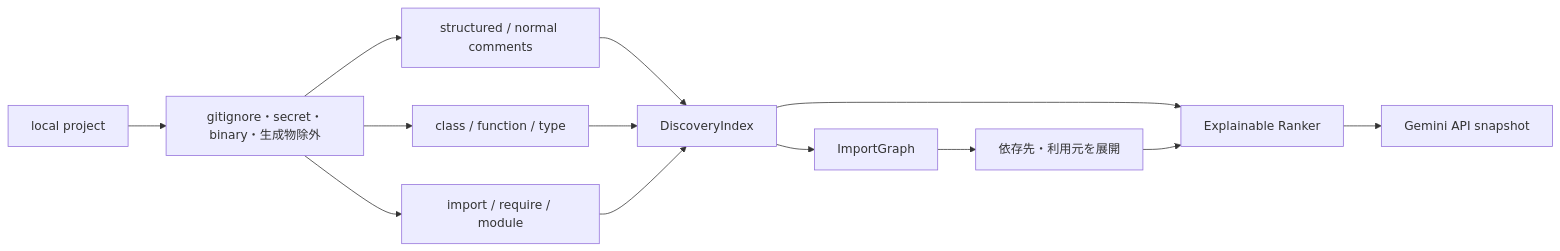
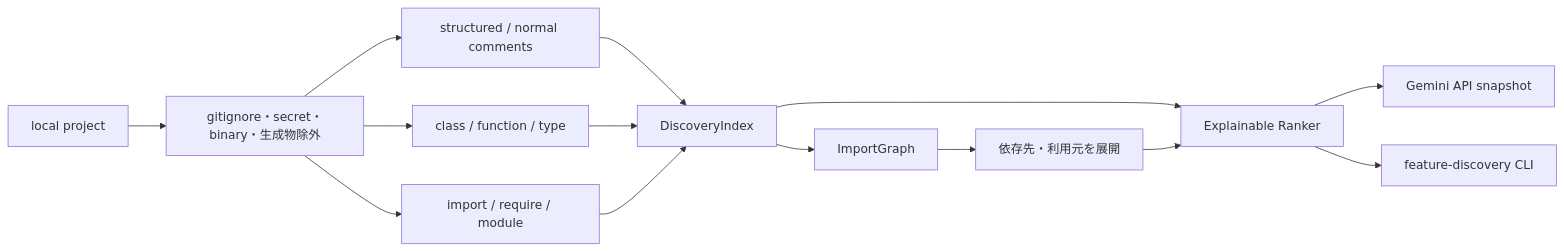
Before and after one commit to matsutanishimpei/make-summary: the sixth of 11 diagrams in docs/architecture.md, drawn with Mermaid. The commit also changed other lines of this file and 7 other files, not shown here.

Commit message:
feat: add feature discovery cli

````diff
--- a/docs/architecture.md
+++ b/docs/architecture.md
@@ -207,15 +207,16 @@
 ```mermaid
 flowchart LR
     Project["local project"] --> Guard["gitignore・secret・binary・生成物除外"]
     Guard --> Comment["structured / normal comments"]
     Guard --> Symbol["class / function / type"]
     Guard --> Import["import / require / module"]
     Comment --> Discovery["DiscoveryIndex"]
     Symbol --> Discovery
     Import --> Discovery
     Discovery --> Graph["ImportGraph"]
     Graph --> Traverse["依存先・利用元を展開"]
     Discovery --> Rank["Explainable Ranker"]
     Traverse --> Rank
     Rank --> Snapshot["Gemini API snapshot"]
+    Rank --> DiscoveryCLI["feature-discovery CLI"]
 ```
````
